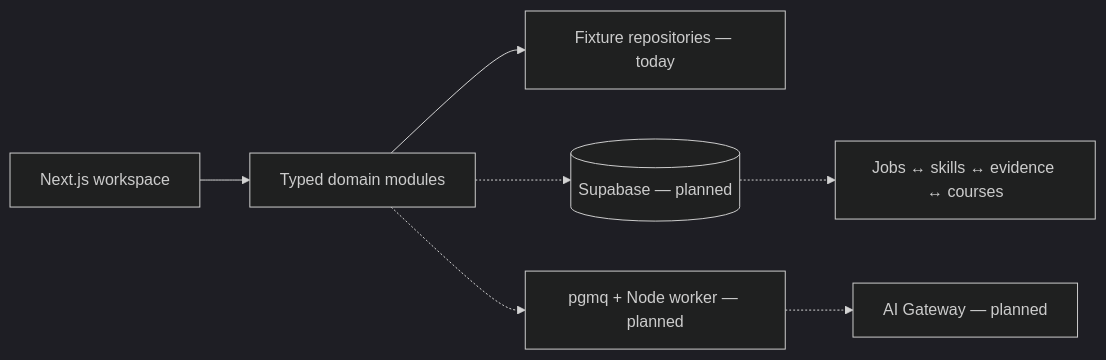
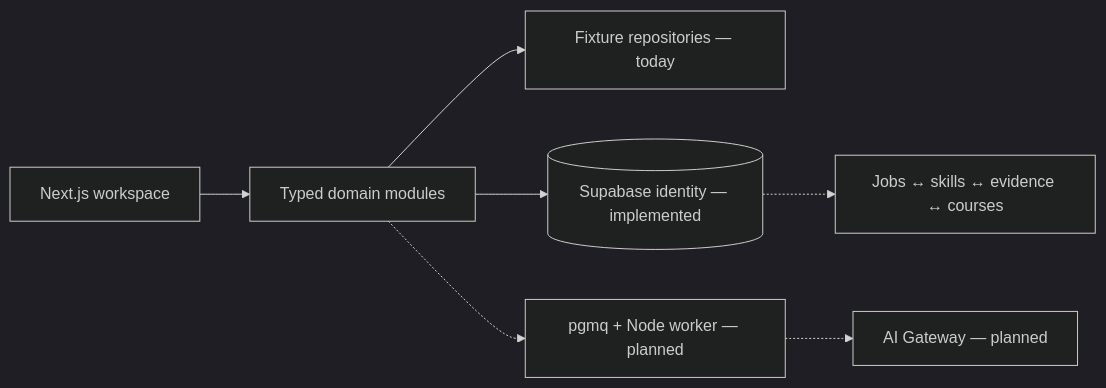
The diagram in README.md (jerry1022/rolefoundry), drawn with Mermaid (dark theme) before and after one commit. The commit also changed other lines of this file and 40 other files, not shown here.

````diff
--- a/README.md
+++ b/README.md
@@ -72,9 +85,9 @@
 ```mermaid
 flowchart LR
     UI[Next.js workspace] --> D[Typed domain modules]
     D --> F[Fixture repositories — today]
-    D -.-> DB[(Supabase — planned)]
+    D --> DB[(Supabase identity — implemented)]
     D -.-> Q[pgmq + Node worker — planned]
     Q -.-> AI[AI Gateway — planned]
     DB -.-> S[Jobs ↔ skills ↔ evidence ↔ courses]
 ```
````
